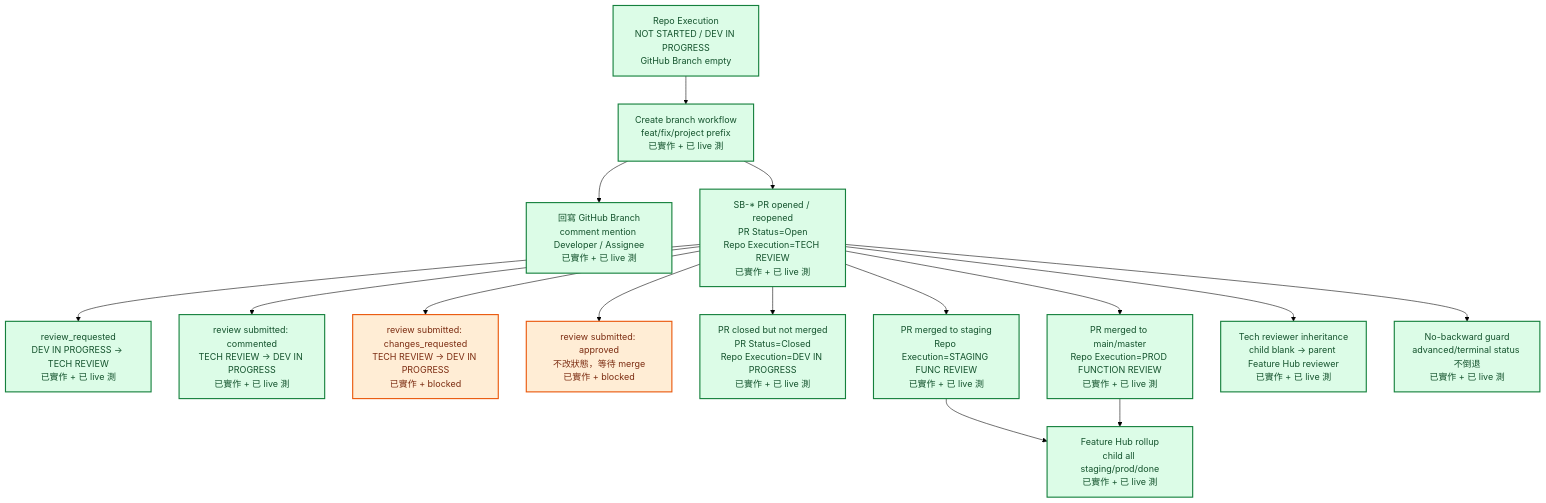
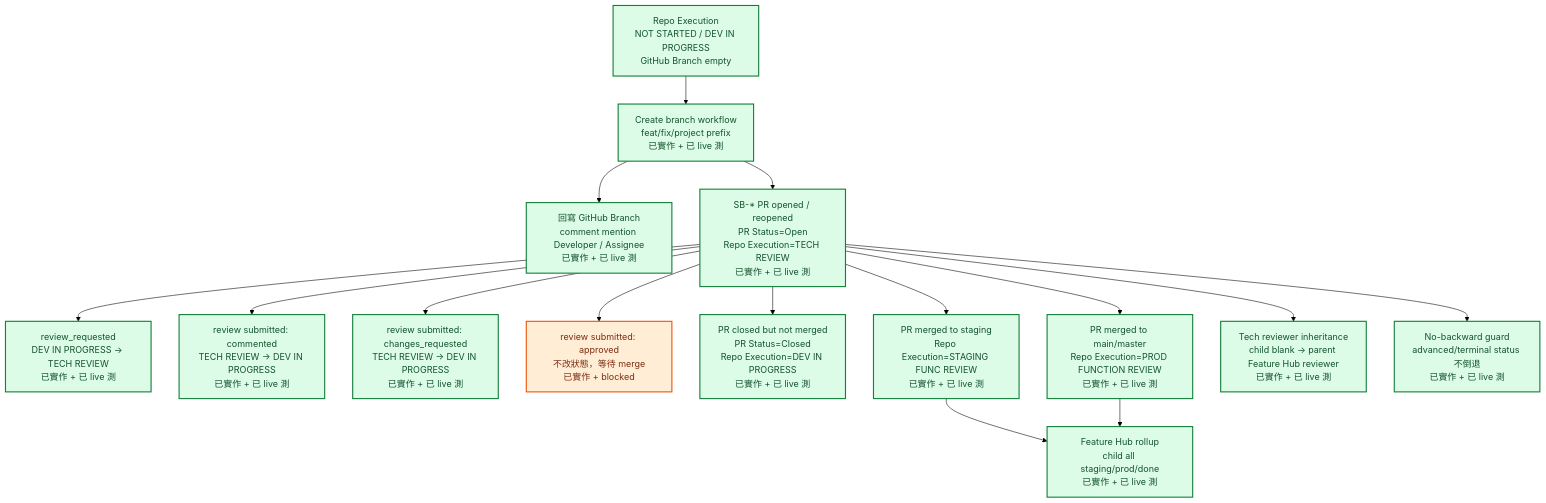
The third of 8 diagrams in docs/notion-automation-flow-map.md (ARTOGO/github-docs), drawn with Mermaid (forest theme) before and after one commit. The commit also changed other lines of this file and 3 other files, not shown here.

````diff
--- a/docs/notion-automation-flow-map.md
+++ b/docs/notion-automation-flow-map.md
@@ -74,23 +74,23 @@
 ```mermaid
 flowchart TD
   sb["Repo Execution<br/>NOT STARTED / DEV IN PROGRESS<br/>GitHub Branch empty"] --> branch["Create branch workflow<br/>feat/fix/project prefix<br/>已實作 + 已 live 測"]
   branch --> branchWrite["回寫 GitHub Branch<br/>comment mention Developer / Assignee<br/>已實作 + 已 live 測"]
   branch --> prOpen["SB-* PR opened / reopened<br/>PR Status=Open<br/>Repo Execution=TECH REVIEW<br/>已實作 + 已 live 測"]
   prOpen --> reviewReq["review_requested<br/>DEV IN PROGRESS -> TECH REVIEW<br/>已實作 + 已 live 測"]
   prOpen --> reviewComment["review submitted: commented<br/>TECH REVIEW -> DEV IN PROGRESS<br/>已實作 + 已 live 測"]
-  prOpen --> reviewChange["review submitted: changes_requested<br/>TECH REVIEW -> DEV IN PROGRESS<br/>已實作 + blocked"]
+  prOpen --> reviewChange["review submitted: changes_requested<br/>TECH REVIEW -> DEV IN PROGRESS<br/>已實作 + 已 live 測"]
   prOpen --> reviewApprove["review submitted: approved<br/>不改狀態，等待 merge<br/>已實作 + blocked"]
   prOpen --> closeNoMerge["PR closed but not merged<br/>PR Status=Closed<br/>Repo Execution=DEV IN PROGRESS<br/>已實作 + 已 live 測"]
   prOpen --> mergeStaging["PR merged to staging<br/>Repo Execution=STAGING FUNC REVIEW<br/>已實作 + 已 live 測"]
   prOpen --> mergeProd["PR merged to main/master<br/>Repo Execution=PROD FUNCTION REVIEW<br/>已實作 + 已 live 測"]
   mergeStaging --> rollup["Feature Hub rollup<br/>child all staging/prod/done<br/>已實作 + 已 live 測"]
   mergeProd --> rollup
   prOpen --> inherit["Tech reviewer inheritance<br/>child blank -> parent Feature Hub reviewer<br/>已實作 + 已 live 測"]
   prOpen --> noBackward["No-backward guard<br/>advanced/terminal status 不倒退<br/>已實作 + 已 live 測"]
 
   classDef done fill:#dcfce7,stroke:#15803d,color:#14532d,stroke-width:2px
   classDef blocked fill:#ffedd5,stroke:#ea580c,color:#7c2d12,stroke-width:2px
 
-  class sb,branch,branchWrite,prOpen,reviewReq,reviewComment,closeNoMerge,mergeStaging,mergeProd,rollup,inherit,noBackward done
-  class reviewChange,reviewApprove blocked
+  class sb,branch,branchWrite,prOpen,reviewReq,reviewComment,reviewChange,closeNoMerge,mergeStaging,mergeProd,rollup,inherit,noBackward done
+  class reviewApprove blocked
 ```
````
